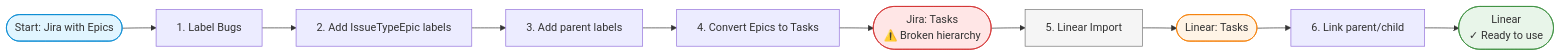
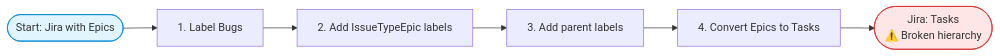
Before and after one commit to keboola/linear-migration-tools: the first of 3 diagrams in README.md, drawn with Mermaid. The commit also changed other lines of this file, not shown here.

Commit message:
Split migration steps into Phase 1a and 1b in README

````diff
--- a/README.md
+++ b/README.md
@@ -21,18 +21,11 @@
 ```mermaid
 graph LR
     Start([Start: Jira with Epics]) --> Step1[1. Label Bugs]
     Step1 --> Step2[2. Add IssueTypeEpic labels]
     Step2 --> Step3[3. Add parent labels]
     Step3 --> Step4[4. Convert Epics to Tasks]
     Step4 --> BrokenJira([Jira: Tasks<br/>⚠️ Broken hierarchy])
-    BrokenJira --> Step5[5. Linear Import]
-    Step5 --> Linear([Linear: Tasks])
-    Linear --> Step6[6. Link parent/child]
-    Step6 --> LinearDone([Linear<br/>✓ Ready to use])
 
     style Start fill:#e1f5ff,stroke:#0288d1
     style BrokenJira fill:#ffe6e6,stroke:#d32f2f
-    style Linear fill:#fff4e6,stroke:#f57c00
-    style LinearDone fill:#e8f5e9,stroke:#388e3c
-    style Step5 fill:#f5f5f5,stroke:#757575
 ```
````
